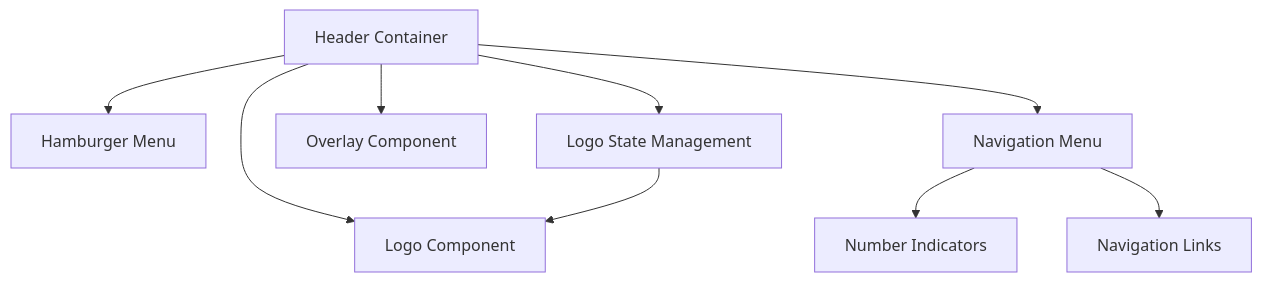
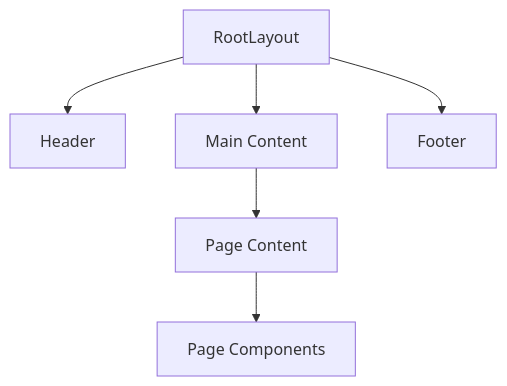
One commit to joinvai/parker-photography-next-js-template changed the fourth of 10 diagrams in memory-bank/systemPatterns.md. Above: the diagram before and after it, drawn with Mermaid. The commit also changed other lines of this file and 7 other files, not shown here.

````diff
--- a/memory-bank/systemPatterns.md
+++ b/memory-bank/systemPatterns.md
@@ -6,21 +258,14 @@
 ```mermaid
 graph TD
-    Header[Header Container]
-    Hamburger[Hamburger Menu]
-    Logo[Logo Component]
-    Nav[Navigation Menu]
-    Overlay[Overlay Component]
-    Numbers[Number Indicators]
-    Links[Navigation Links]
-
-    Header --> Hamburger
-    Header --> Logo
-    Header --> Nav
-    Header --> Overlay
-    Nav --> Numbers
-    Nav --> Links
-
-    LogoState[Logo State Management]
-    Header --> LogoState
-    LogoState --> Logo
+    RootLayout[RootLayout]
+    Header[Header]
+    Main[Main Content]
+    Footer[Footer]
+    
+    RootLayout --> Header
+    RootLayout --> Main
+    RootLayout --> Footer
+    
+    Main --> Page[Page Content]
+    Page --> Components[Page Components]
 ```
````
